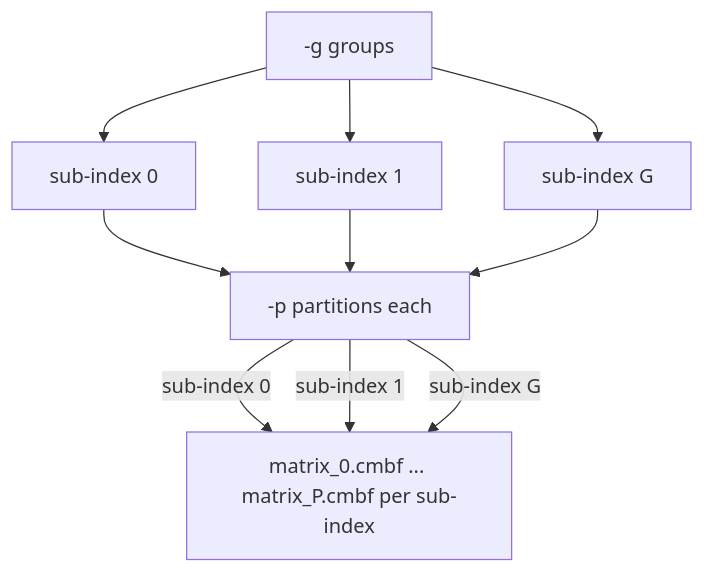
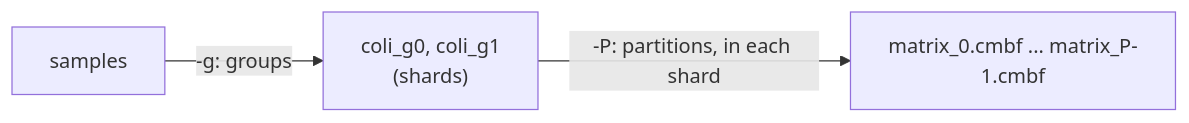
Before and after one commit to sebllns/kmhelpers: the diagram in docs/concepts/tuning-groups-partitions.md, drawn with Mermaid. The commit also changed other lines of this file and 8 other files, not shown here.

````diff
--- a/docs/concepts/tuning-groups-partitions.md
+++ b/docs/concepts/tuning-groups-partitions.md
@@ -15,12 +16,5 @@
 ```mermaid
-graph TD
-    A["-g groups"] --> B1["sub-index 0"]
-    A --> B2["sub-index 1"]
-    A --> B3["sub-index G"]
-    B1 --> C["-p partitions each"]
-    B2 --> C
-    B3 --> C
-    C -->|sub-index 0| D["matrix_0.cmbf ... matrix_P.cmbf per sub-index"]
-    C -->|sub-index 1| D
-    C -->|sub-index G| D
+flowchart LR
+    S["samples"] -->|"-g: groups"| G["coli_g0, coli_g1<br/>(shards)"]
+    G -->|"-P: partitions, in each shard"| P["matrix_0.cmbf ... matrix_P-1.cmbf"]
 ```
````
